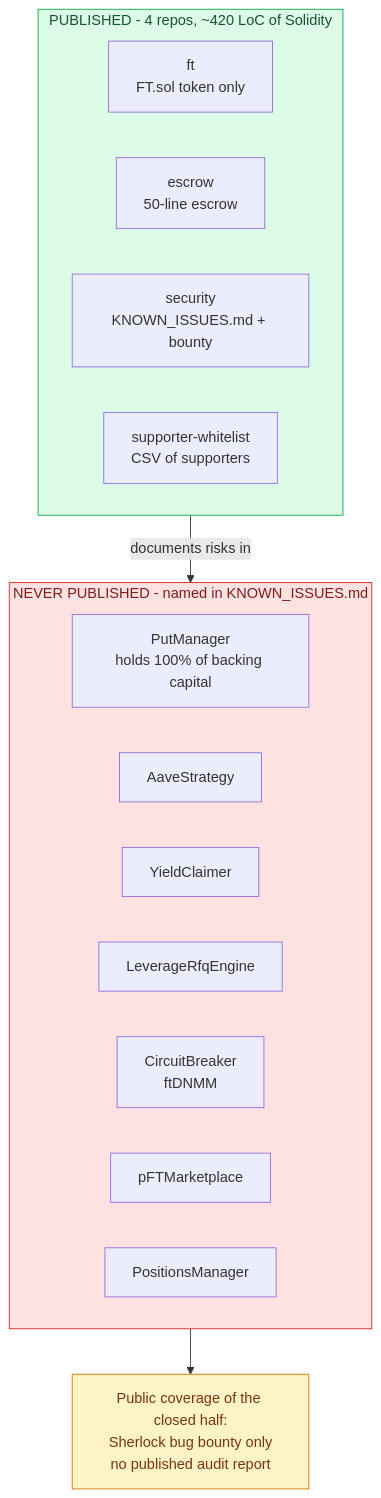
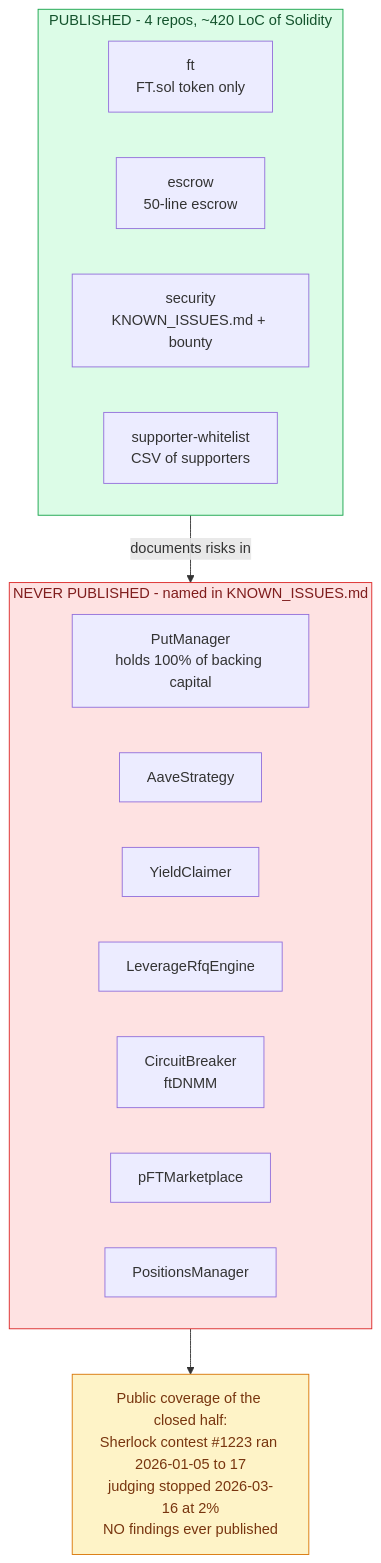
Before and after one commit to m0n3r0/flying-tulip-audit: the fifth of 6 diagrams in research/01-protocol-overview.md, drawn with Mermaid. The commit also changed other lines of this file and 111 other files, not shown here.

````diff
--- a/research/01-protocol-overview.md
+++ b/research/01-protocol-overview.md
@@ -272,31 +301,31 @@
 ```mermaid
 flowchart TB
     subgraph PUB["PUBLISHED - 4 repos, ~420 LoC of Solidity"]
         direction LR
         R1["ft<br/>FT.sol token only"]
         R2["escrow<br/>50-line escrow"]
         R3["security<br/>KNOWN_ISSUES.md + bounty"]
         R4["supporter-whitelist<br/>CSV of supporters"]
     end
 
     subgraph PRIV["NEVER PUBLISHED - named in KNOWN_ISSUES.md"]
         direction LR
         P1["PutManager<br/>holds 100% of backing capital"]
         P2["AaveStrategy"]
         P3["YieldClaimer"]
         P4["LeverageRfqEngine"]
         P5["CircuitBreaker<br/>ftDNMM"]
         P6["pFTMarketplace"]
         P7["PositionsManager"]
     end
 
-    COV["Public coverage of the closed half:<br/>Sherlock bug bounty only<br/>no published audit report"]
+    COV["Public coverage of the closed half:<br/>Sherlock contest #1223 ran 2026-01-05 to 17<br/>judging stopped 2026-03-16 at 2%<br/>NO findings ever published"]
 
     PUB -->|"documents risks in"| PRIV
     PRIV --> COV
 
     style PUB fill:#dcfce7,stroke:#16a34a,color:#14532d
     style PRIV fill:#fee2e2,stroke:#dc2626,color:#7f1d1d
     classDef warn fill:#fef3c7,stroke:#d97706,color:#78350f
     class COV warn
 ```
````
